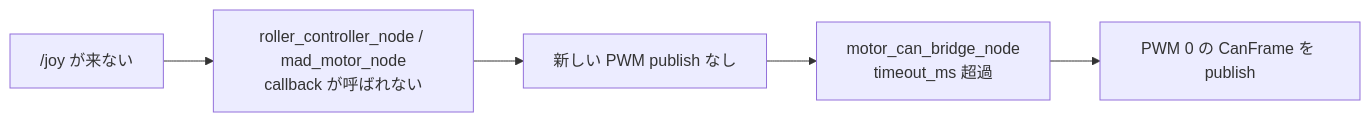
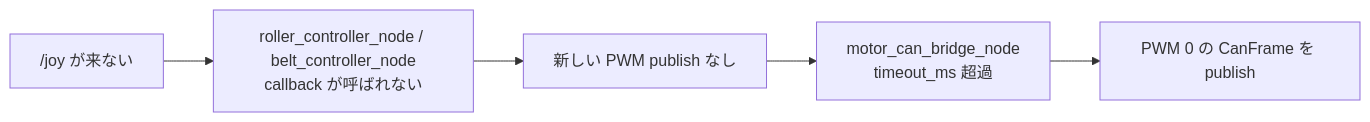
One commit to rodep-soft/rox2026 changed the fifth of 5 diagrams in ros2_ws/src/README.md. Above: the diagram before and after it, drawn with Mermaid. The commit also changed other lines of this file and 11 other files, not shown here.

````diff
--- a/ros2_ws/src/README.md
+++ b/ros2_ws/src/README.md
@@ -301,10 +301,10 @@
 ```mermaid
 flowchart LR
   joy_missing["/joy が来ない"]
-  controllers["roller_controller_node / mad_motor_node<br/>callback が呼ばれない"]
+  controllers["roller_controller_node / belt_controller_node<br/>callback が呼ばれない"]
   no_pwm["新しい PWM publish なし"]
   bridge_timeout["motor_can_bridge_node<br/>timeout_ms 超過"]
   can_zero["PWM 0 の CanFrame を publish"]
 
   joy_missing --> controllers --> no_pwm --> bridge_timeout --> can_zero
 ```
````
